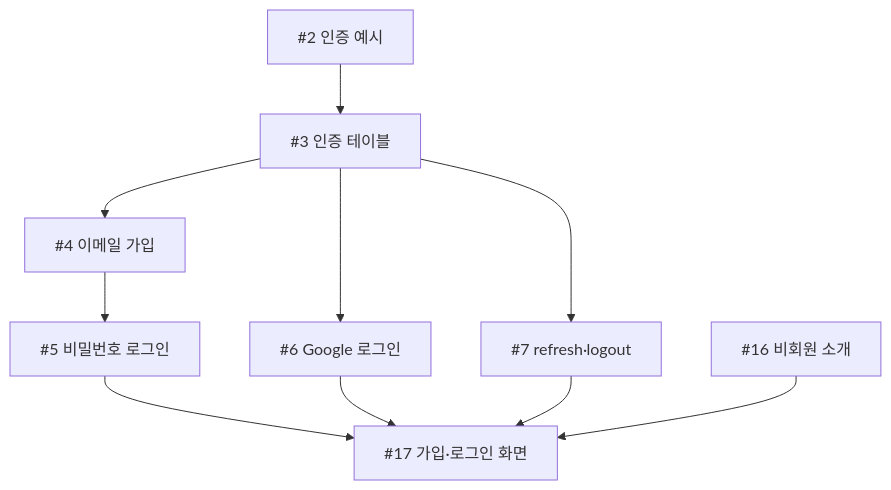
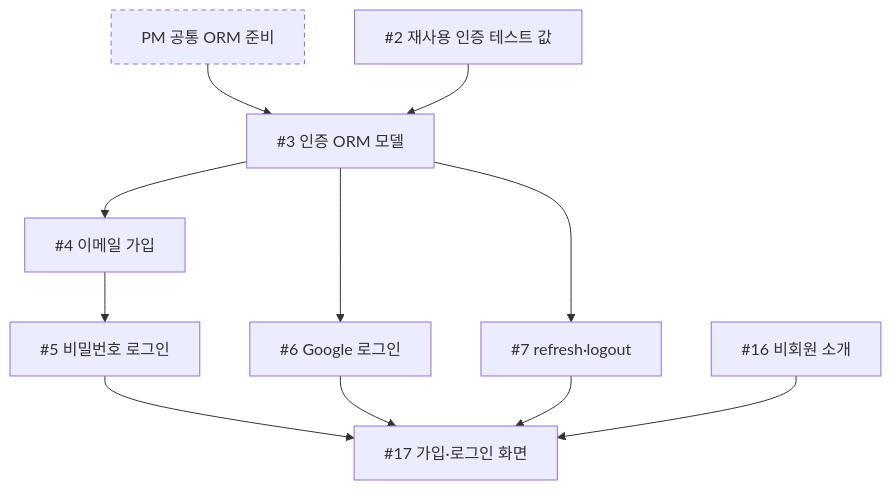
One commit to next-stop-siren/Next-Stop-Siren changed the first of 2 diagrams in docs/development-flow.md. Above: the diagram before and after it, drawn with Mermaid. The commit also changed other lines of this file and 14 other files, not shown here.

````diff
--- a/docs/development-flow.md
+++ b/docs/development-flow.md
@@ -23,10 +23,14 @@
 ```mermaid
 flowchart TD
-  A2["#2 인증 예시"] --> A3["#3 인증 테이블"] --> A4["#4 이메일 가입"] --> A5["#5 비밀번호 로그인"]
+  PM["PM 공통 ORM 준비"] --> A3
+  A2["#2 재사용 인증 테스트 값"] --> A3["#3 인증 ORM 모델"] --> A4["#4 이메일 가입"] --> A5["#5 비밀번호 로그인"]
   A3 --> A6["#6 Google 로그인"]
   A3 --> A7["#7 refresh·logout"]
   A5 --> F17["#17 가입·로그인 화면"]
   A6 --> F17
   A7 --> F17
   F16["#16 비회원 소개"] --> F17
+  classDef external stroke-dasharray:5 4;
+  class PM external;
+  click PM "stack.md#개발과-초기-db" "공통 ORM 준비 보기"
 ```
````
